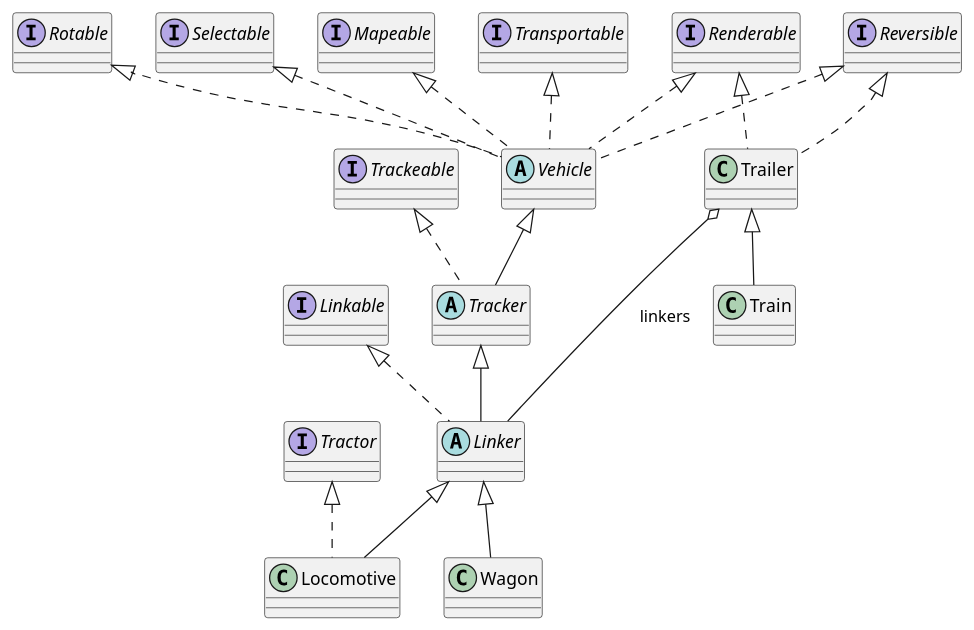
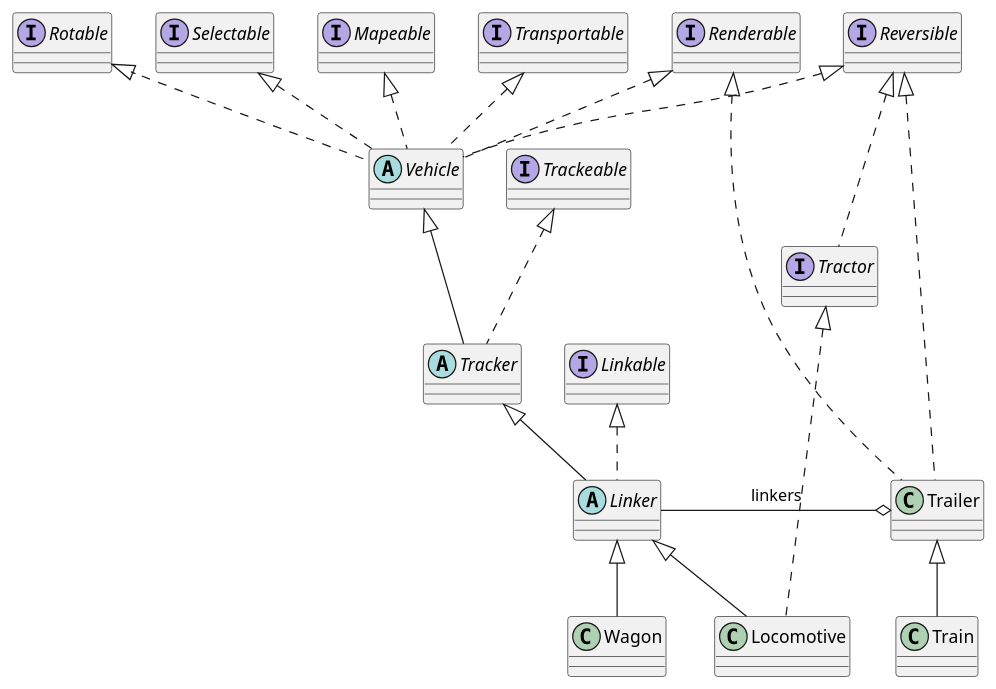
Before and after one commit to antoniovazquezaraujo/LeTrain: the first of 4 diagrams in Help.adoc, drawn with PlantUML. The commit also changed other lines of this file and 42 other files, not shown here.

```diff
--- a/Help.adoc
+++ b/Help.adoc
@@ -5,38 +5,39 @@
 [plantuml, linkers, png]
 ....
 interface Linkable
 interface Rotable
 interface Selectable
 interface Mapeable
 interface Transportable
 interface Trackeable
 interface Renderable
 interface Reversible
 interface Tractor
 abstract class Vehicle
 abstract class Tracker
 abstract class Linker
 
 class Locomotive
 class Trailer
 class Wagon
 class Train
 
 Selectable <|.. Vehicle
 Mapeable <|.. Vehicle
 Rotable <|.. Vehicle
 Renderable <|.. Vehicle
 Reversible <|.. Vehicle
+Reversible <|.. Tractor
 Renderable <|.. Trailer
 Reversible <|.. Trailer
 Transportable <|.. Vehicle
 Trackeable <|.. Tracker
 Tractor <|.. Locomotive
 Vehicle <|-- Tracker
 Linkable <|.. Linker
 Tracker <|-- Linker
 Linker <|-- Locomotive
 Linker <|-- Wagon
-Trailer o-- Linker :linkers
+Trailer o-left- Linker :linkers
 Trailer <|-- Train
 ....
```
